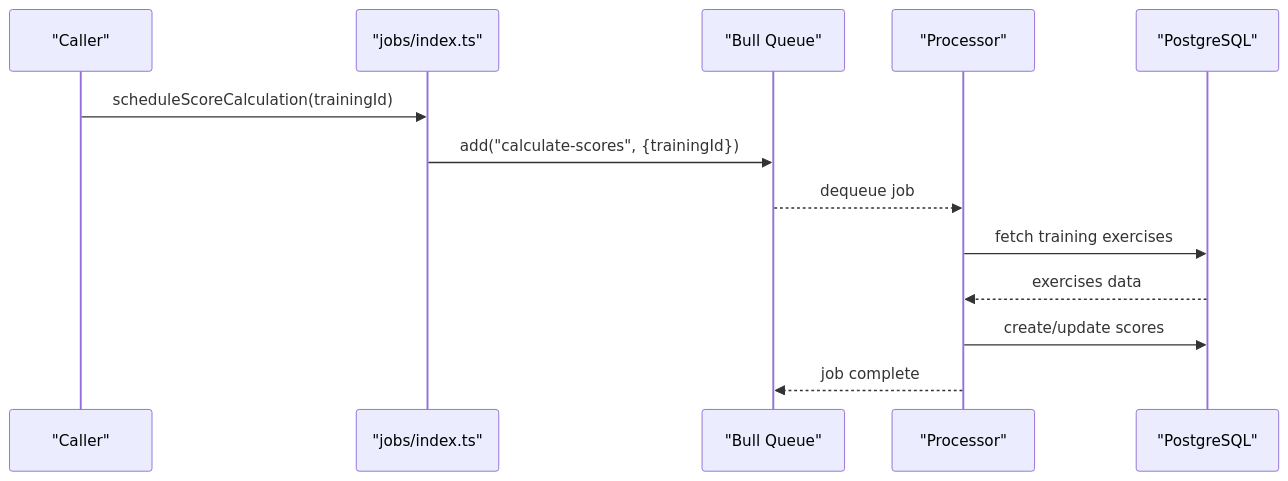
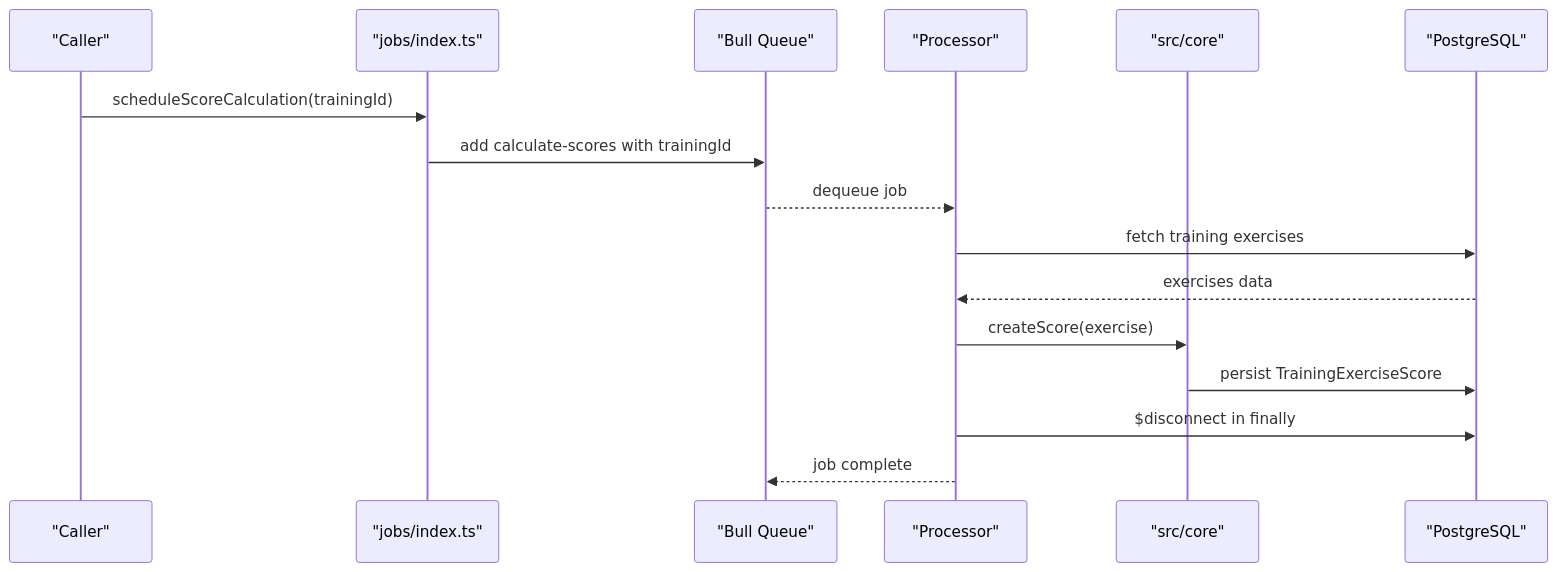
One commit to Dezzpil/meingym changed the sixth of 8 diagrams in .qoder/repowiki/en/content/Architecture Overview/Architecture Overview.md. Above: the diagram before and after it, drawn with Mermaid. The commit also changed other lines of this file and 12 other files, not shown here.

````diff
--- a/.qoder/repowiki/en/content/Architecture Overview/Architecture Overview.md
+++ b/.qoder/repowiki/en/content/Architecture Overview/Architecture Overview.md
@@ -242,15 +322,18 @@
 ```mermaid
 sequenceDiagram
 participant Caller as "Caller"
 participant Index as "jobs/index.ts"
 participant Queue as "Bull Queue"
 participant Worker as "Processor"
+participant Core as "src/core"
 participant DB as "PostgreSQL"
 Caller->>Index : scheduleScoreCalculation(trainingId)
-Index->>Queue : add("calculate-scores", {trainingId})
+Index->>Queue : add calculate-scores with trainingId
 Queue-->>Worker : dequeue job
 Worker->>DB : fetch training exercises
 DB-->>Worker : exercises data
-Worker->>DB : create/update scores
+Worker->>Core : createScore(exercise)
+Core->>DB : persist TrainingExerciseScore
+Worker->>DB : $disconnect in finally
 Worker-->>Queue : job complete
 ```
````
